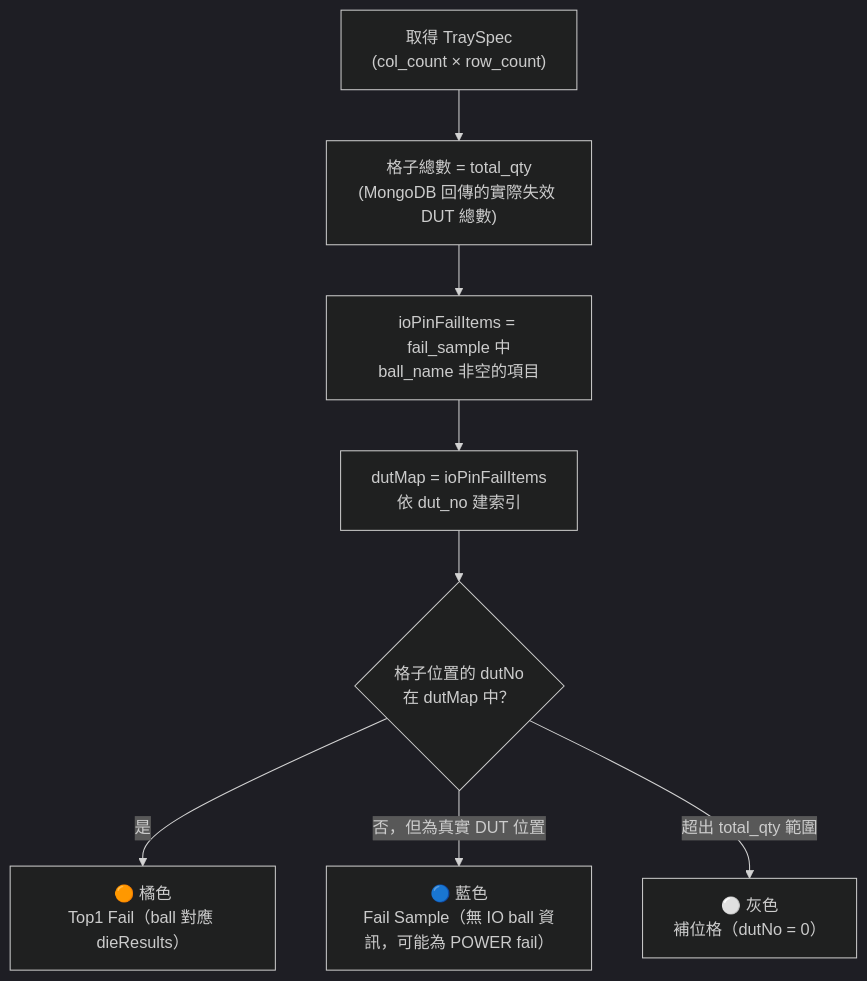
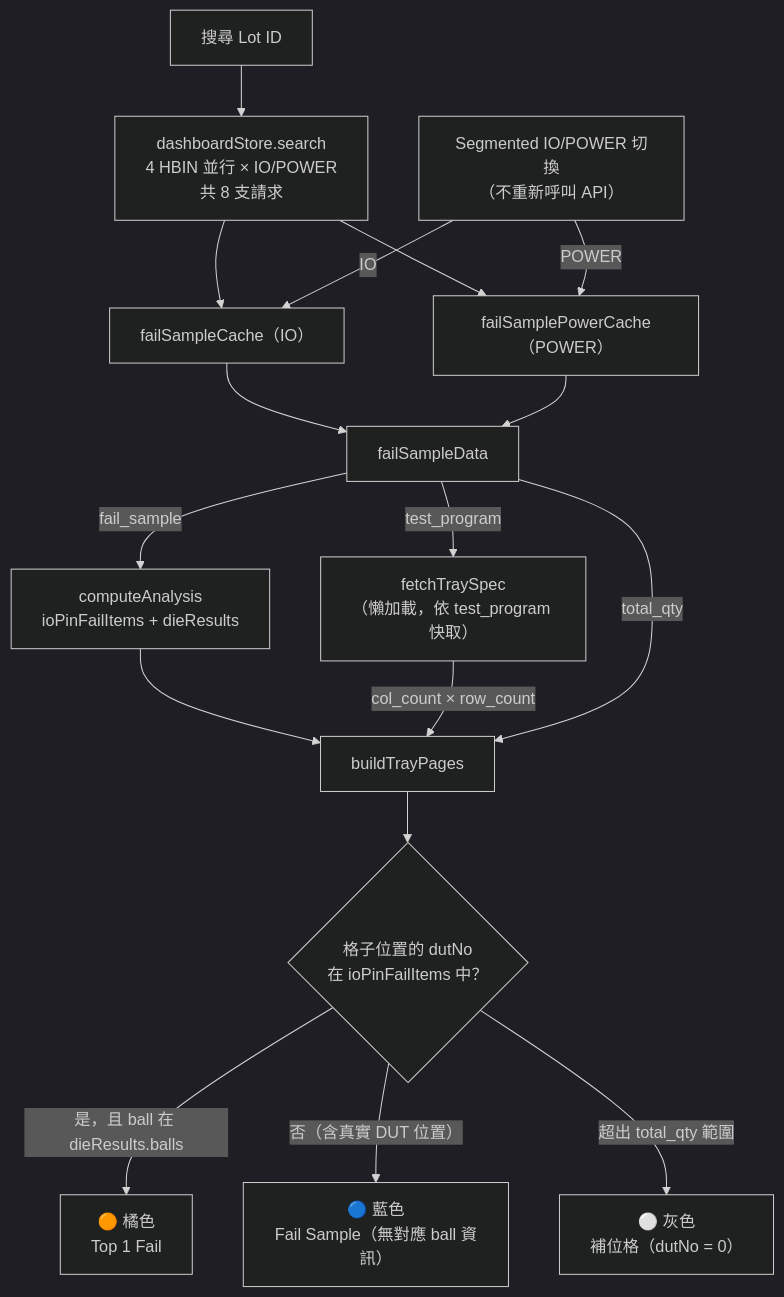
The third of 7 diagrams in docs/reports/20260708_ACT-Frontend-Report.md (fiveflower0130/act_data_analysis_website), drawn with Mermaid (dark theme) before and after one commit. The commit also changed other lines of this file and 2 other files, not shown here.

Commit message:
fix(docs): 更新待辦事項清單與報告文件，修正 Fail Sample on Tray 與 Fail Ball 描述不一致的問題

````diff
--- a/docs/reports/20260708_ACT-Frontend-Report.md
+++ b/docs/reports/20260708_ACT-Frontend-Report.md
@@ -60,10 +83,19 @@
 ```mermaid
 flowchart TD
-    A["取得 TraySpec\n(col_count × row_count)"] --> B["格子總數 = total_qty\n(MongoDB 回傳的實際失效 DUT 總數)"]
-    B --> C["ioPinFailItems = fail_sample 中\nball_name 非空的項目"]
-    C --> D["dutMap = ioPinFailItems\n依 dut_no 建索引"]
-    D --> E{"格子位置的 dutNo\n在 dutMap 中？"}
-    E -->|是| F["🟠 橘色\nTop1 Fail（ball 對應 dieResults）"]
-    E -->|否，但為真實 DUT 位置| G["🔵 藍色\nFail Sample（無 IO ball 資訊，可能為 POWER fail）"]
+    S["搜尋 Lot ID"] --> P["dashboardStore.search\n4 HBIN 並行 × IO/POWER\n共 8 支請求"]
+    P --> CI["failSampleCache（IO）"]
+    P --> CP["failSamplePowerCache（POWER）"]
+    V["Segmented IO/POWER 切換\n（不重新呼叫 API）"] -->|IO| CI
+    V -->|POWER| CP
+    CI --> FD["failSampleData"]
+    CP --> FD
+    FD -->|fail_sample| CA["computeAnalysis\nioPinFailItems + dieResults"]
+    FD -->|test_program| TS["fetchTraySpec\n（懶加載，依 test_program 快取）"]
+    CA --> BTP["buildTrayPages"]
+    TS -->|col_count × row_count| BTP
+    FD -->|total_qty| BTP
+    BTP --> E{"格子位置的 dutNo\n在 ioPinFailItems 中？"}
+    E -->|是，且 ball 在 dieResults.balls| F["🟠 橘色\nTop 1 Fail"]
+    E -->|否（含真實 DUT 位置）| G["🔵 藍色\nFail Sample（無對應 ball 資訊）"]
     E -->|超出 total_qty 範圍| H["⚪ 灰色\n補位格（dutNo = 0）"]
 ```
````
